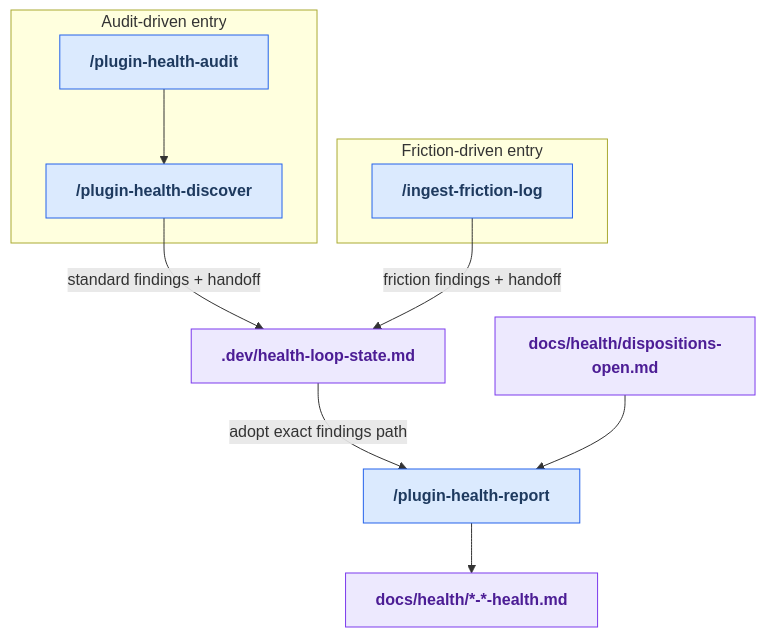
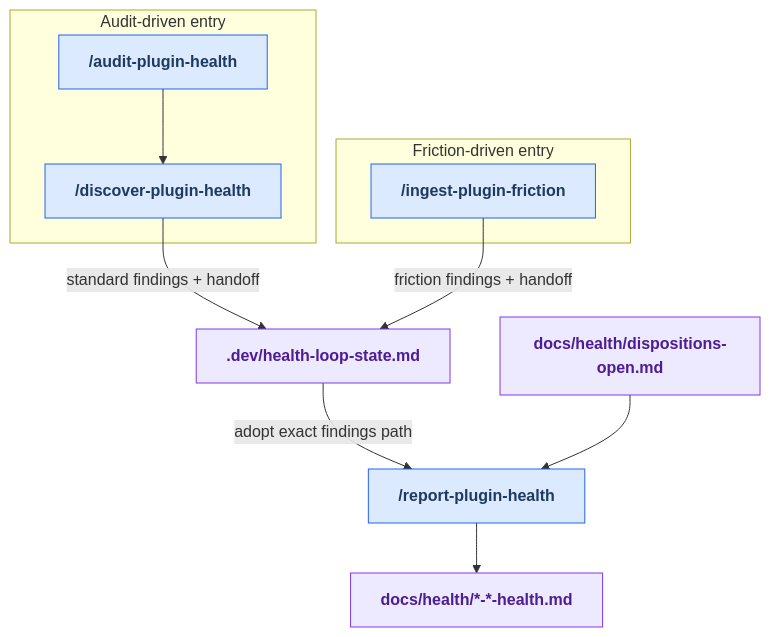
One commit to russell-laing/al-dev-shared changed the diagram in docs/maintainer-tooling/discover.md. Above: the diagram before and after it, drawn with Mermaid. The commit also changed other lines of this file and 57 other files, not shown here.

Commit message:
🚚 move(skills): health-loop family → verb-plugin convention (8 skills)

````diff
--- a/docs/maintainer-tooling/discover.md
+++ b/docs/maintainer-tooling/discover.md
@@ -49,32 +49,32 @@
 ```mermaid
 flowchart TD
     classDef userSkill fill:#dbeafe,stroke:#2563eb,color:#1e3a5f,font-weight:bold
     classDef artifact fill:#ede9fe,stroke:#7c3aed,color:#4c1d95,font-weight:bold
 
     subgraph lane_a["Audit-driven entry"]
-        skill_plugin_health_audit["/plugin-health-audit"]
-        skill_plugin_health_discover["/plugin-health-discover"]
+        skill_plugin_health_audit["/audit-plugin-health"]
+        skill_plugin_health_discover["/discover-plugin-health"]
     end
     subgraph lane_b["Friction-driven entry"]
-        skill_ingest_friction_log["/ingest-friction-log"]
+        skill_ingest_friction_log["/ingest-plugin-friction"]
     end
     art_breadcrumb[".dev/health-loop-state.md"]
     art_dispositions["docs/health/dispositions-open.md"]
-    skill_plugin_health_report["/plugin-health-report"]
+    skill_plugin_health_report["/report-plugin-health"]
     art_dossier["docs/health/*-*-health.md"]
 
     skill_plugin_health_audit --> skill_plugin_health_discover
     skill_plugin_health_discover -- "standard findings + handoff" --> art_breadcrumb
     skill_ingest_friction_log -- "friction findings + handoff" --> art_breadcrumb
     art_breadcrumb -- "adopt exact findings path" --> skill_plugin_health_report
     art_dispositions --> skill_plugin_health_report
     skill_plugin_health_report --> art_dossier
 
     class skill_plugin_health_audit userSkill
     class skill_plugin_health_discover userSkill
     class skill_ingest_friction_log userSkill
     class skill_plugin_health_report userSkill
     class art_breadcrumb artifact
     class art_dispositions artifact
     class art_dossier artifact
 ```
````
